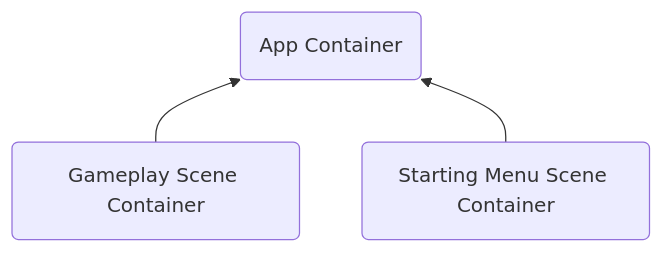
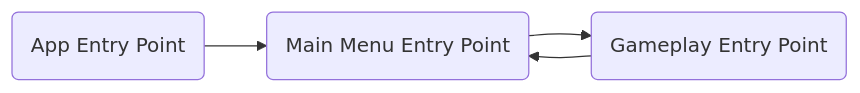
One commit to Kitgun1/AuroraWorld changed the diagram in README.md. Above: the diagram before and after it, drawn with Mermaid. The commit also changed other lines of this file, not shown here.

Commit message:
feat: Description project & Entry Point

````diff
--- a/README.md
+++ b/README.md
@@ -7,9 +37,9 @@
 ```mermaid
-flowchart BT
-    StartingMenuSceneContainer(Starting Menu Scene Container)
-    GameplaySceneContainer(Gameplay Scene Container)
-    AppContainer(App Container)
-    
-    GameplaySceneContainer --> AppContainer
-    StartingMenuSceneContainer --> AppContainer
+flowchart LR
+    AppEP(App Entry Point)
+    GameplayEP(Gameplay Entry Point)
+    MainMenuEP(Main Menu Entry Point)
+
+    AppEP --> MainMenuEP --> GameplayEP
+    GameplayEP --> MainMenuEP
 ```
````
